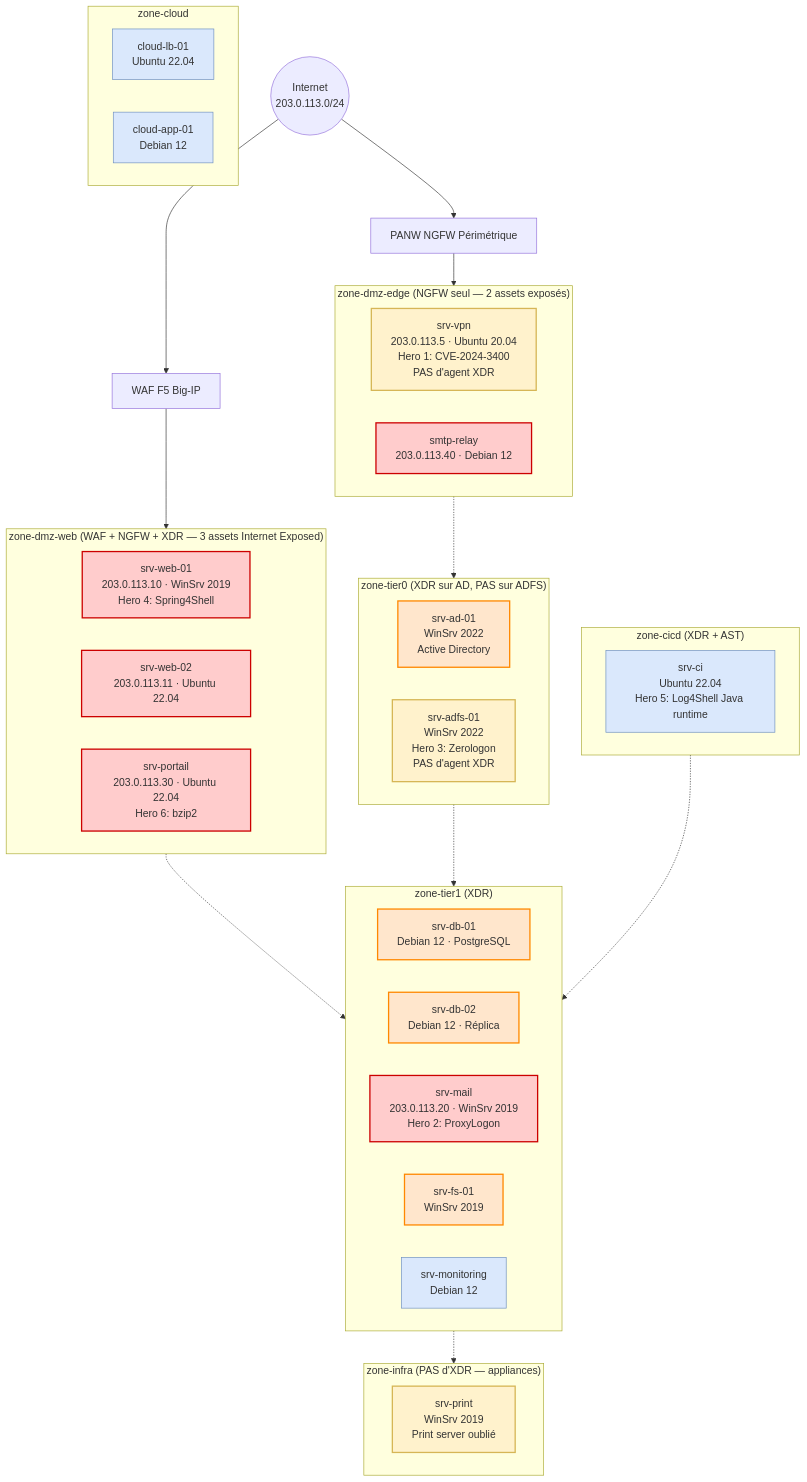
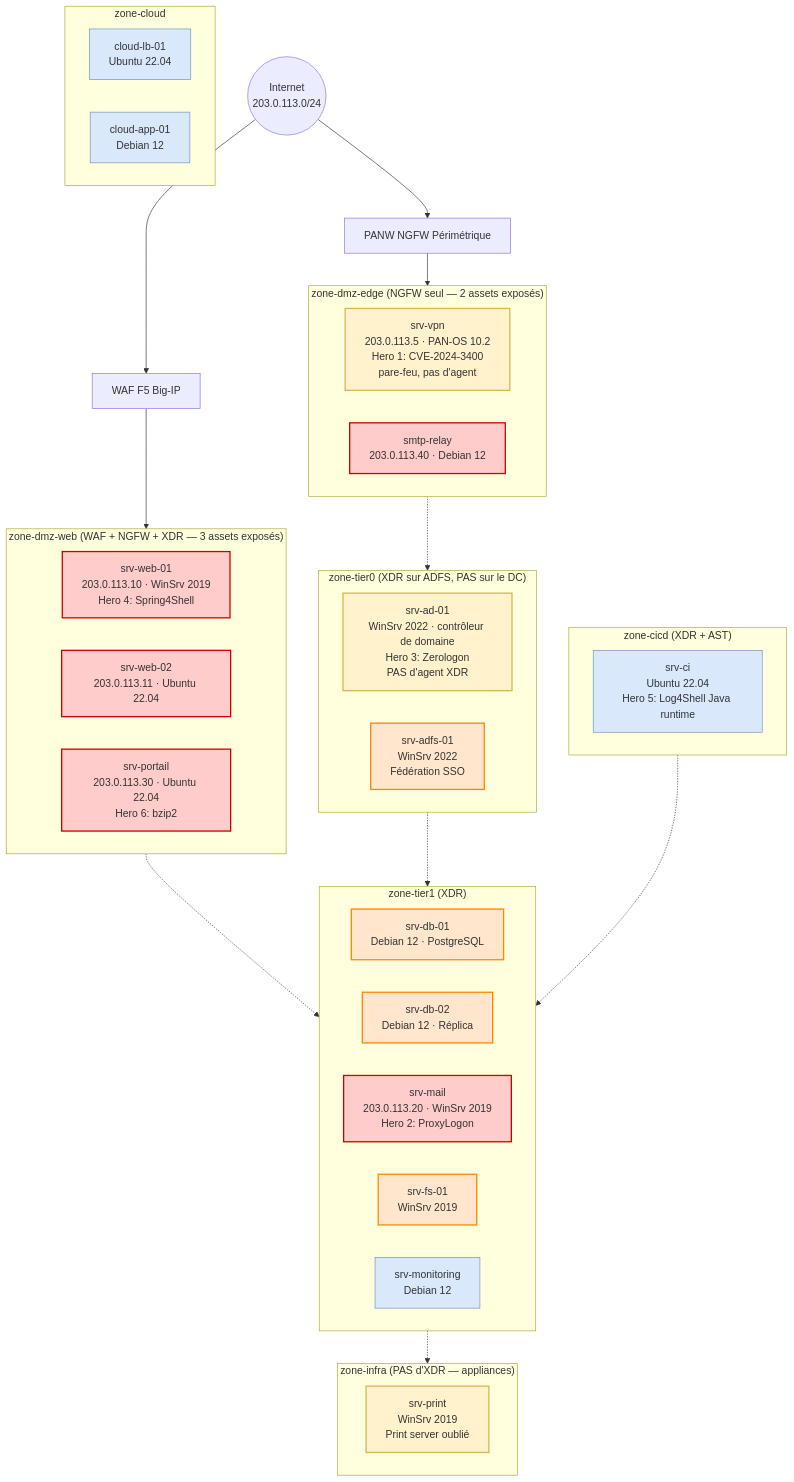
One commit to JCourtemanche/demo-exposure changed the diagram in infra/business-corp-infra.mermaid.md. Above: the diagram before and after it, drawn with Mermaid. The commit also changed other lines of this file and 16 other files, not shown here.

````diff
--- a/infra/business-corp-infra.mermaid.md
+++ b/infra/business-corp-infra.mermaid.md
@@ -7,61 +7,61 @@
 ```mermaid
 flowchart TB
     Internet((Internet<br/>203.0.113.0/24)) --> WAF[WAF F5 Big-IP]
     Internet --> NGFW[PANW NGFW Périmétrique]
 
-    subgraph DMZ_WEB["zone-dmz-web (WAF + NGFW + XDR — 3 assets Internet Exposed)"]
+    subgraph DMZ_WEB["zone-dmz-web (WAF + NGFW + XDR — 3 assets exposés)"]
         Web1[srv-web-01<br/>203.0.113.10 · WinSrv 2019<br/>Hero 4: Spring4Shell]
         Web2[srv-web-02<br/>203.0.113.11 · Ubuntu 22.04]
         Portail[srv-portail<br/>203.0.113.30 · Ubuntu 22.04<br/>Hero 6: bzip2]
     end
 
     subgraph DMZ_EDGE["zone-dmz-edge (NGFW seul — 2 assets exposés)"]
-        VPN[srv-vpn<br/>203.0.113.5 · Ubuntu 20.04<br/>Hero 1: CVE-2024-3400<br/>PAS d'agent XDR]
+        VPN[srv-vpn<br/>203.0.113.5 · PAN-OS 10.2<br/>Hero 1: CVE-2024-3400<br/>pare-feu, pas d'agent]
         SMTP[smtp-relay<br/>203.0.113.40 · Debian 12]
     end
 
     WAF --> DMZ_WEB
     NGFW --> DMZ_EDGE
 
-    subgraph TIER0["zone-tier0 (XDR sur AD, PAS sur ADFS)"]
-        AD[srv-ad-01<br/>WinSrv 2022<br/>Active Directory]
-        ADFS[srv-adfs-01<br/>WinSrv 2022<br/>Hero 3: Zerologon<br/>PAS d'agent XDR]
+    subgraph TIER0["zone-tier0 (XDR sur ADFS, PAS sur le DC)"]
+        AD[srv-ad-01<br/>WinSrv 2022 · contrôleur de domaine<br/>Hero 3: Zerologon<br/>PAS d'agent XDR]
+        ADFS[srv-adfs-01<br/>WinSrv 2022<br/>Fédération SSO]
     end
 
     subgraph TIER1["zone-tier1 (XDR)"]
         DB1[srv-db-01<br/>Debian 12 · PostgreSQL]
         DB2[srv-db-02<br/>Debian 12 · Réplica]
         Mail[srv-mail<br/>203.0.113.20 · WinSrv 2019<br/>Hero 2: ProxyLogon]
         FS[srv-fs-01<br/>WinSrv 2019]
         Mon[srv-monitoring<br/>Debian 12]
     end
 
     subgraph INFRA["zone-infra (PAS d'XDR — appliances)"]
         Print[srv-print<br/>WinSrv 2019<br/>Print server oublié]
     end
 
     subgraph CICD["zone-cicd (XDR + AST)"]
         CI[srv-ci<br/>Ubuntu 22.04<br/>Hero 5: Log4Shell Java runtime]
     end
 
     subgraph CLOUD["zone-cloud"]
         CloudLB[cloud-lb-01<br/>Ubuntu 22.04]
         CloudApp[cloud-app-01<br/>Debian 12]
     end
 
     DMZ_WEB -.-> TIER1
     DMZ_EDGE -.-> TIER0
     TIER0 -.-> TIER1
     TIER1 -.-> INFRA
     CICD -.-> TIER1
 
     classDef exposed fill:#ffcccc,stroke:#cc0000,stroke-width:2px
     classDef critical fill:#ffe6cc,stroke:#ff8800,stroke-width:2px
     classDef nocontrol fill:#fff2cc,stroke:#d6b656,stroke-width:2px
     classDef normal fill:#dae8fc,stroke:#6c8ebf,stroke-width:1px
 
     class Web1,Web2,Portail,VPN,SMTP,Mail exposed
     class AD,ADFS,DB1,DB2,FS critical
-    class Print,VPN,ADFS nocontrol
+    class Print,VPN,AD nocontrol
     class CI,Mon,CloudLB,CloudApp normal
 ```
````
